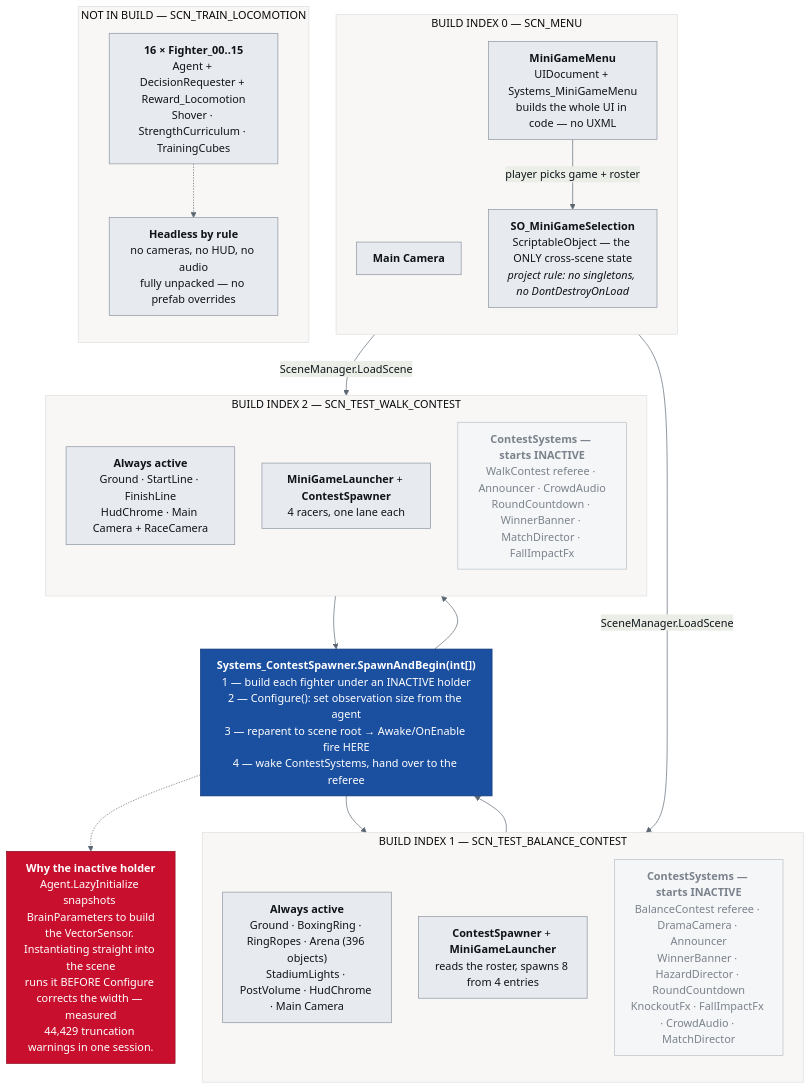
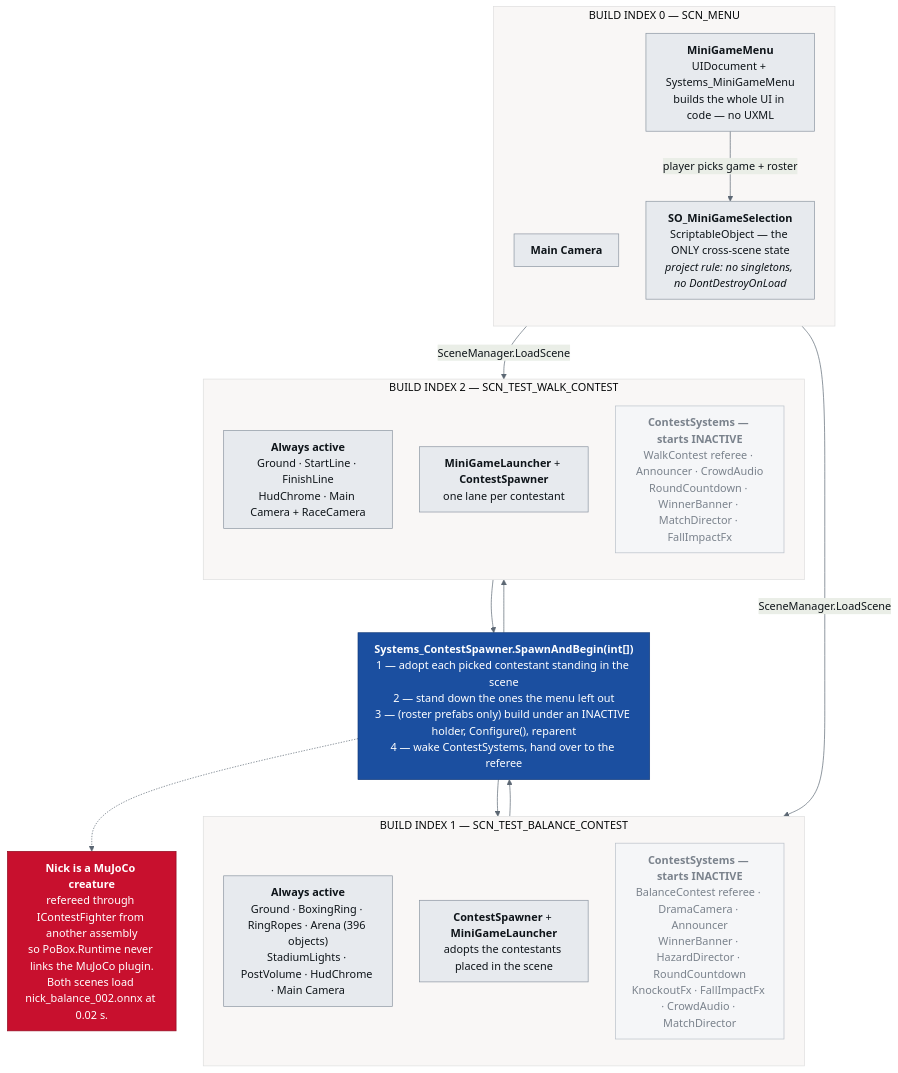
The diagram in DOCS/diagrams/scene-flow.mmd (punkouter26/PoBox), drawn with Mermaid before and after one commit. The commit also changed 190 other files, not shown here.

```diff
--- a/DOCS/diagrams/scene-flow.mmd
+++ b/DOCS/diagrams/scene-flow.mmd
@@ -1,63 +1,57 @@
 ---
 config:
   theme: base
   themeVariables:
     fontFamily: "IBM Plex Sans, Segoe UI, sans-serif"
     fontSize: 16px
     primaryColor: "#E7EAEE"
     primaryTextColor: "#0E1419"
     primaryBorderColor: "#8A94A0"
     lineColor: "#5C6773"
   flowchart:
     nodeSpacing: 40
     rankSpacing: 54
     padding: 12
 ---
 flowchart TB
     subgraph B0["BUILD INDEX 0 — SCN_MENU"]
       direction TB
       M1["<b>Main Camera</b>"]
       M2["<b>MiniGameMenu</b><br/>UIDocument + Systems_MiniGameMenu<br/>builds the whole UI in code — no UXML"]
       M3["<b>SO_MiniGameSelection</b><br/>ScriptableObject — the ONLY cross-scene state<br/><i>project rule: no singletons, no DontDestroyOnLoad</i>"]
     end
 
     subgraph B1["BUILD INDEX 1 — SCN_TEST_BALANCE_CONTEST"]
       direction TB
       BA["<b>Always active</b><br/>Ground · BoxingRing · RingRopes · Arena (396 objects)<br/>StadiumLights · PostVolume · HudChrome · Main Camera"]
-      BB["<b>ContestSpawner</b> + <b>MiniGameLauncher</b><br/>reads the roster, spawns 8 from 4 entries"]
+      BB["<b>ContestSpawner</b> + <b>MiniGameLauncher</b><br/>adopts the contestants placed in the scene"]
       BC["<b>ContestSystems — starts INACTIVE</b><br/>BalanceContest referee · DramaCamera · Announcer<br/>WinnerBanner · HazardDirector · RoundCountdown<br/>KnockoutFx · FallImpactFx · CrowdAudio · MatchDirector"]
     end
 
     subgraph B2["BUILD INDEX 2 — SCN_TEST_WALK_CONTEST"]
       direction TB
       WA["<b>Always active</b><br/>Ground · StartLine · FinishLine<br/>HudChrome · Main Camera + RaceCamera"]
-      WB["<b>MiniGameLauncher</b> + <b>ContestSpawner</b><br/>4 racers, one lane each"]
+      WB["<b>MiniGameLauncher</b> + <b>ContestSpawner</b><br/>one lane per contestant"]
       WC["<b>ContestSystems — starts INACTIVE</b><br/>WalkContest referee · Announcer · CrowdAudio<br/>RoundCountdown · WinnerBanner · MatchDirector · FallImpactFx"]
     end
 
-    subgraph TR["NOT IN BUILD — SCN_TRAIN_LOCOMOTION"]
-      direction TB
-      T1["<b>16 × Fighter_00..15</b><br/>Agent + DecisionRequester + Reward_Locomotion<br/>Shover · StrengthCurriculum · TrainingCubes"]
-      T2["<b>Headless by rule</b><br/>no cameras, no HUD, no audio<br/>fully unpacked — no prefab overrides"]
-    end
 
     M2 -- "player picks game + roster" --> M3
     M3 -- "SceneManager.LoadScene" --> BB
     M3 -- "SceneManager.LoadScene" --> WB
     BB --> SPAWN
     WB --> SPAWN
 
-    SPAWN["<b>Systems_ContestSpawner.SpawnAndBegin(int[])</b><br/>1 — build each fighter under an INACTIVE holder<br/>2 — Configure(): set observation size from the agent<br/>3 — reparent to scene root → Awake/OnEnable fire HERE<br/>4 — wake ContestSystems, hand over to the referee"]
+    SPAWN["<b>Systems_ContestSpawner.SpawnAndBegin(int[])</b><br/>1 — adopt each picked contestant standing in the scene<br/>2 — stand down the ones the menu left out<br/>3 — (roster prefabs only) build under an INACTIVE holder, Configure(), reparent<br/>4 — wake ContestSystems, hand over to the referee"]
 
     SPAWN --> BC
     SPAWN --> WC
-    SPAWN -.-> NOTE["<b>Why the inactive holder</b><br/>Agent.LazyInitialize snapshots BrainParameters to build<br/>the VectorSensor. Instantiating straight into the scene<br/>runs it BEFORE Configure corrects the width — measured<br/>44,429 truncation warnings in one session."]
+    SPAWN -.-> NOTE["<b>Nick is a MuJoCo creature</b><br/>refereed through IContestFighter from another assembly<br/>so PoBox.Runtime never links the MuJoCo plugin.<br/>Both scenes load nick_balance_002.onnx at 0.02 s."]
 
-    T1 -.-> T2
 
     classDef accent fill:#C8102E,stroke:#8E0B20,color:#FFFFFF
     classDef brain fill:#1B4FA0,stroke:#123A78,color:#FFFFFF
     classDef sleep fill:#F5F6F8,stroke:#B9C0C8,color:#7A828C
     class SPAWN brain
     class NOTE accent
     class BC,WC sleep
```
